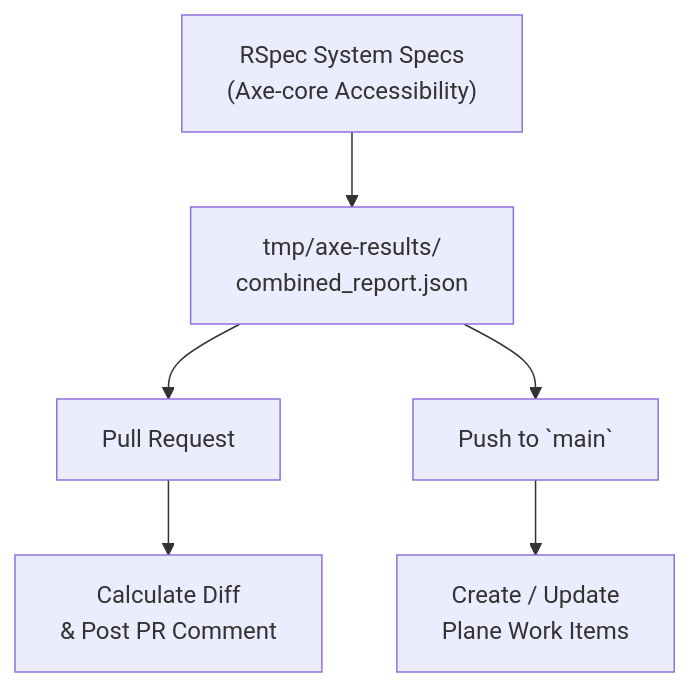
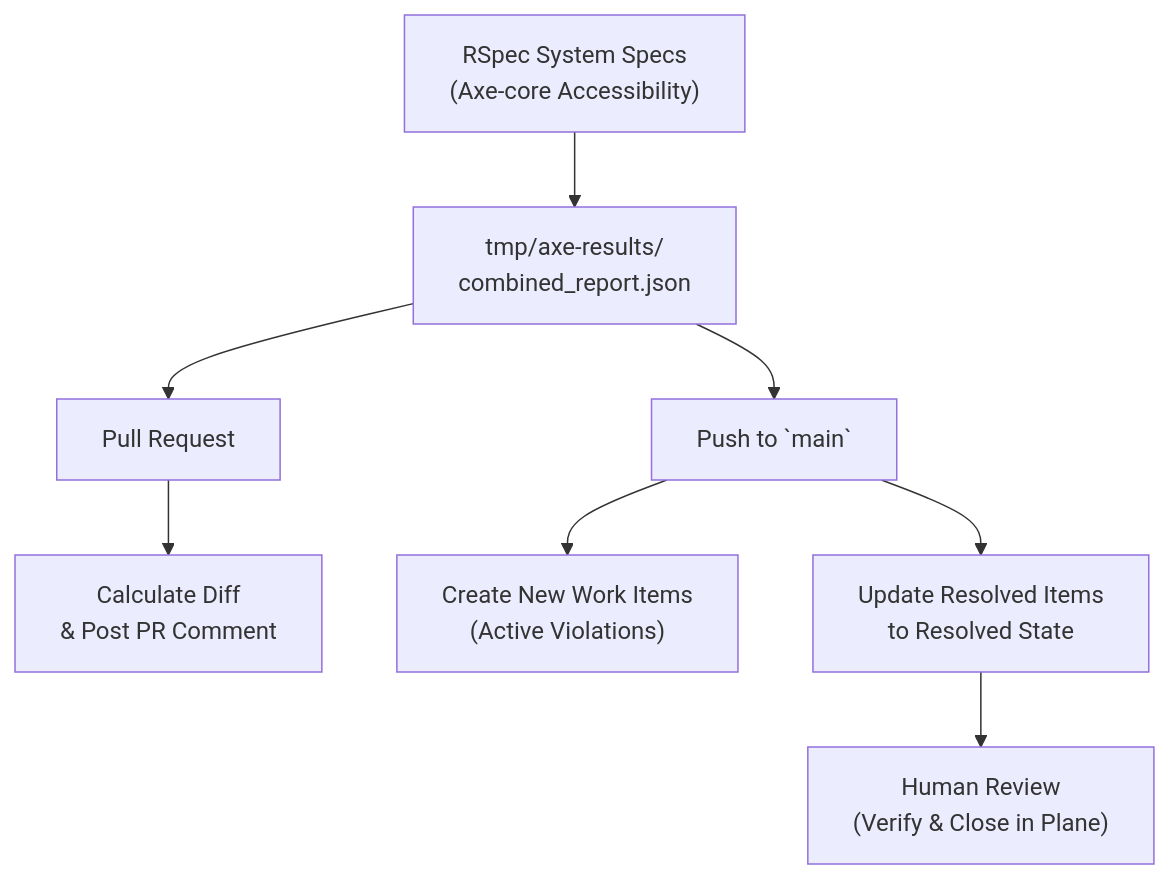
The diagram in docs/accessibility_testing.md (acep-aedg/aedg-explorer), drawn with Mermaid before and after one commit.

Commit message:
Update diagram

````diff
--- a/docs/accessibility_testing.md
+++ b/docs/accessibility_testing.md
@@ -7,10 +7,14 @@
 ```mermaid
 flowchart TD
     A["RSpec System Specs<br/>(Axe-core Accessibility)"] --> B["tmp/axe-results/<br/>combined_report.json"]
-    
+
     B --> C1["Pull Request"]
     B --> D1["Push to `main`"]
-    
+
     C1 --> C2["Calculate Diff<br/>& Post PR Comment"]
-    D1 --> D2["Create / Update<br/>Plane Work Items"]
+
+    D1 --> D2["Create New Work Items<br/>(Active Violations)"]
+    D1 --> D3["Update Resolved Items<br/>to Resolved State"]
+
+    D3 --> E1["Human Review<br/>(Verify & Close in Plane)"]
 ```
````
